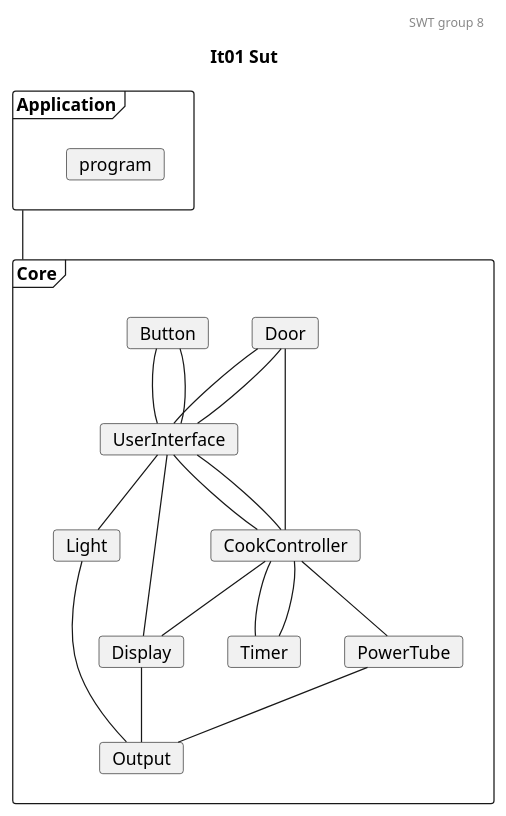
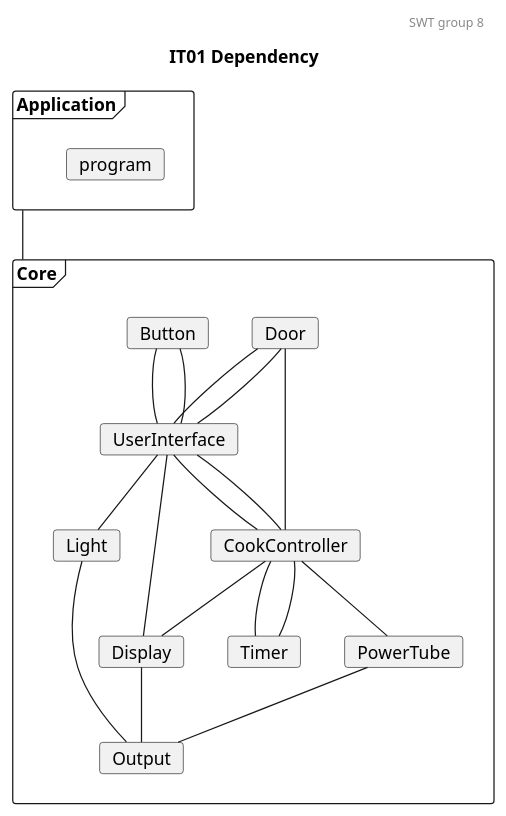
The diagram in docs/DependencyTree.plantuml (mikkel-ol/I4SWT-MicrowaveOven), drawn with PlantUML before and after one commit. The commit also changed 9 other files, not shown here.

Commit message:
Update plantuml names and add images

```diff
--- a/docs/DependencyTree.plantuml
+++ b/docs/DependencyTree.plantuml
@@ -1,77 +1,77 @@
 @startuml
 
 'Testing colors:
 skinparam card{
     backgroundColor<<tested>> lawngreen
     backgroundColor<<sut>> salmon
     backgroundColor<<test>> salmon
     backgroundColor<<fake>> gold
 }
 
 header SWT group 8
-title It01 Sut
+title IT01 Dependency
 
 frame Application{
     card program
 }
 
 frame Core{
 '0.
     card Door
     card Button
 
 '1.
     card UserInterface
 
 '2.
     card CookController
     card Light
 
 '3.
     card Timer
     card PowerTube
     card Display
 
 '4 
     card Output
 
 
 }
 Application -- Core
 
 'Relations projects
 ' 0. to 1.
 Door -- UserInterface
 Door -- UserInterface
 
 Button -- UserInterface
 Button -- UserInterface
 
 
 'Relations CookController:
 '1.
 UserInterface -- CookController
 UserInterface -- CookController
 '1. to 2.
 Door - CookController
 
 
 CookController -- PowerTube
 
 '1. to 2.
 UserInterface -- Display
 UserInterface -- Light
 CookController -- Display
 
 CookController -- Timer
 CookController -- Timer 
 
 
 ' Relations 2. to 3.
 Light -- Output
 Display -- Output
 PowerTube -- Output
 
 
 
 @enduml
```
